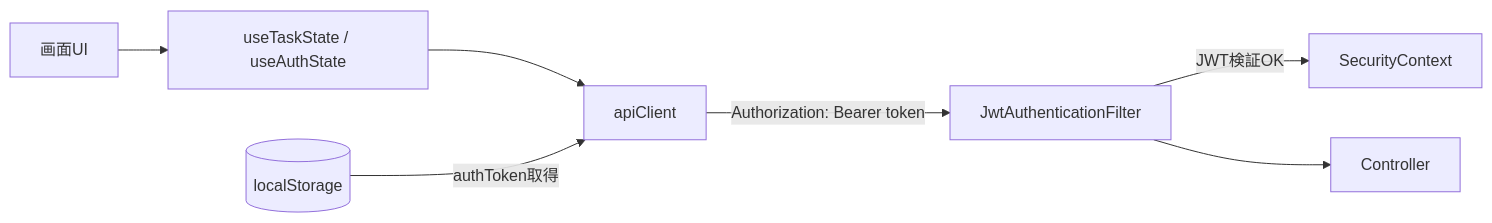
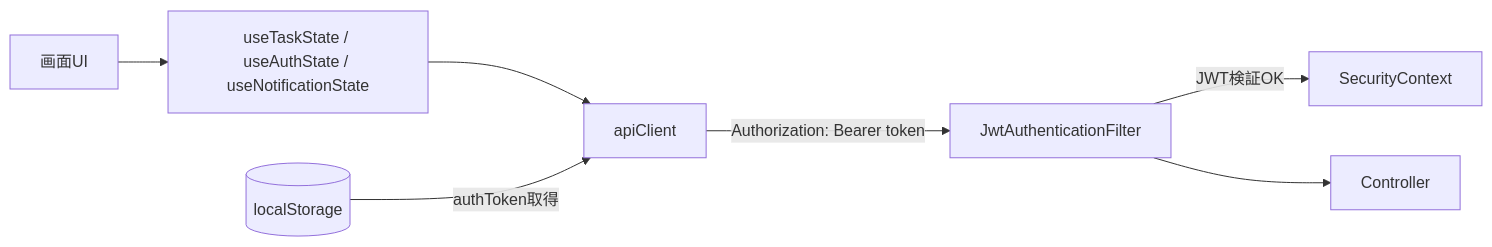
One commit to kitune-udon/task-manager-app changed the fourth of 28 diagrams in docs/01_設計/08_データフロー図設計書.md. Above: the diagram before and after it, drawn with Mermaid. The commit also changed other lines of this file and 10 other files, not shown here.

````diff
--- a/docs/01_設計/08_データフロー図設計書.md
+++ b/docs/01_設計/08_データフロー図設計書.md
@@ -250,17 +311,17 @@
 ```mermaid
 flowchart LR
     UI["画面UI"]
-    TS["useTaskState / useAuthState"]
+    TS["useTaskState / useAuthState / useNotificationState"]
     AC["apiClient"]
     LS[("localStorage")]
     SEC["JwtAuthenticationFilter"]
     SC["SecurityContext"]
     CTRL["Controller"]
 
     UI --> TS
     TS --> AC
     LS -->|"authToken取得"| AC
     AC -->|"Authorization: Bearer token"| SEC
     SEC -->|"JWT検証OK"| SC
     SEC --> CTRL
 ```
````
